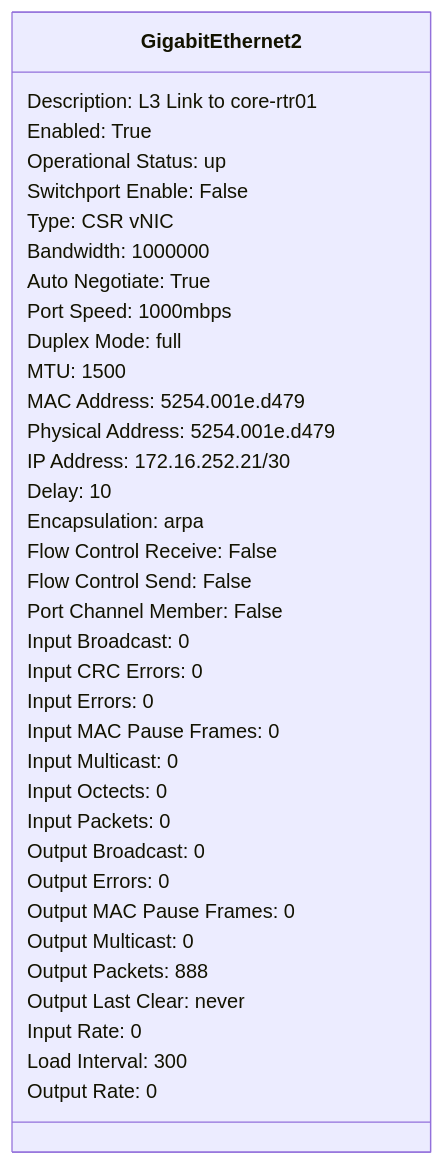
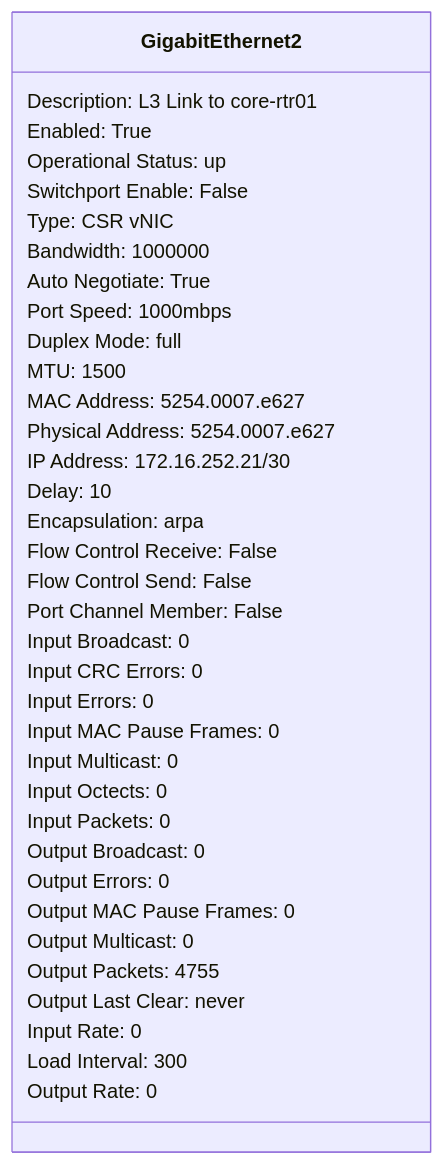
The second of 7 diagrams in Examples/IOS-XE/dist-rtr01 interface class.md (automateyournetwork/pyYAHTS), drawn with Mermaid before and after one commit. The commit also changed other lines of this file and 34 other files, not shown here.

Commit message:
ios-xe class diagrams

````diff
--- a/Examples/IOS-XE/dist-rtr01 interface class.md
+++ b/Examples/IOS-XE/dist-rtr01 interface class.md
@@ -44,41 +44,41 @@
 ```mermaid
 classDiagram
 class GigabitEthernet2{
 Description: L3 Link to core-rtr01
 Enabled: True
 Operational Status: up
 Switchport Enable: False
 Type: CSR vNIC
 Bandwidth: 1000000
 Auto Negotiate: True
 Port Speed: 1000mbps
 Duplex Mode: full
 MTU: 1500
-MAC Address: 5254.001e.d479
-Physical Address: 5254.001e.d479
+MAC Address: 5254.0007.e627
+Physical Address: 5254.0007.e627
 IP Address: 172.16.252.21/30
 Delay: 10
 Encapsulation: arpa
 Flow Control Receive: False
 Flow Control Send: False
 
 
 Port Channel Member: False
 Input Broadcast: 0
 Input CRC Errors: 0
 Input Errors: 0
 Input MAC Pause Frames: 0
 Input Multicast: 0
 Input Octects: 0
 Input Packets: 0
 Output Broadcast: 0
 Output Errors: 0
 Output MAC Pause Frames: 0
 Output Multicast: 0
-Output Packets: 888
+Output Packets: 4755
 Output Last Clear: never
 Input Rate: 0
 Load Interval: 300
 Output Rate: 0
 }
 ```
````
